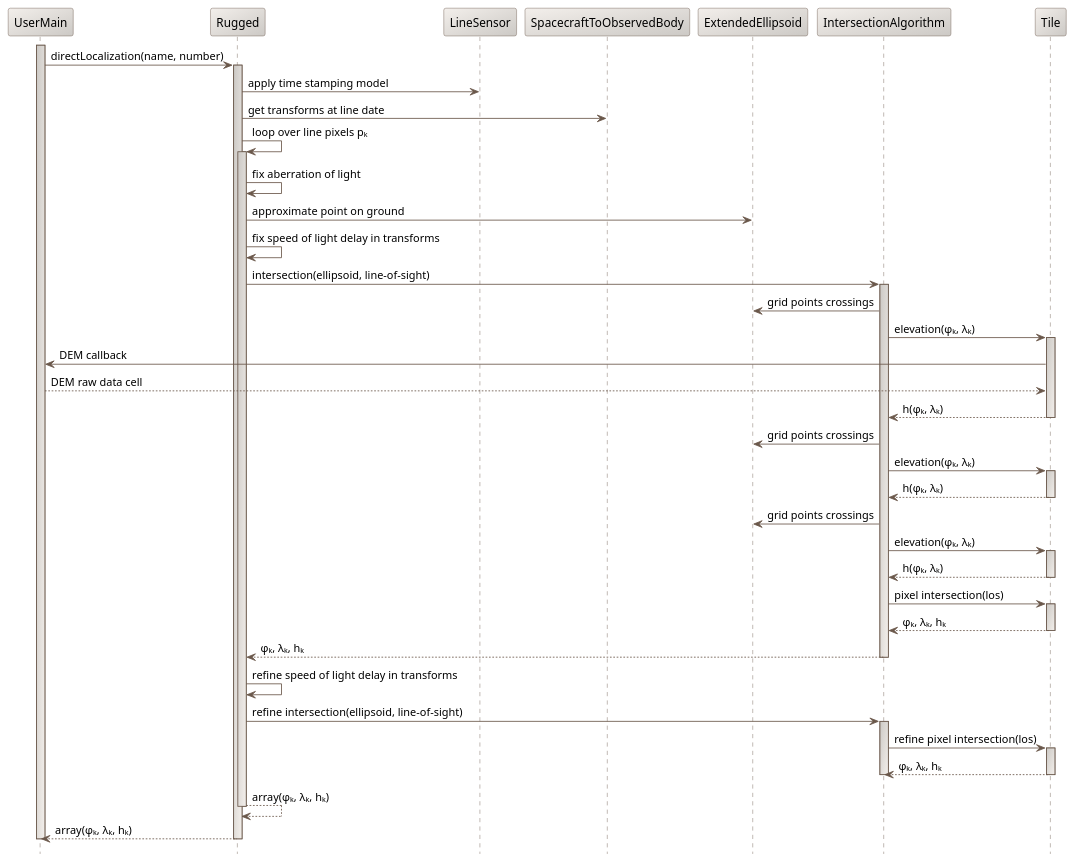
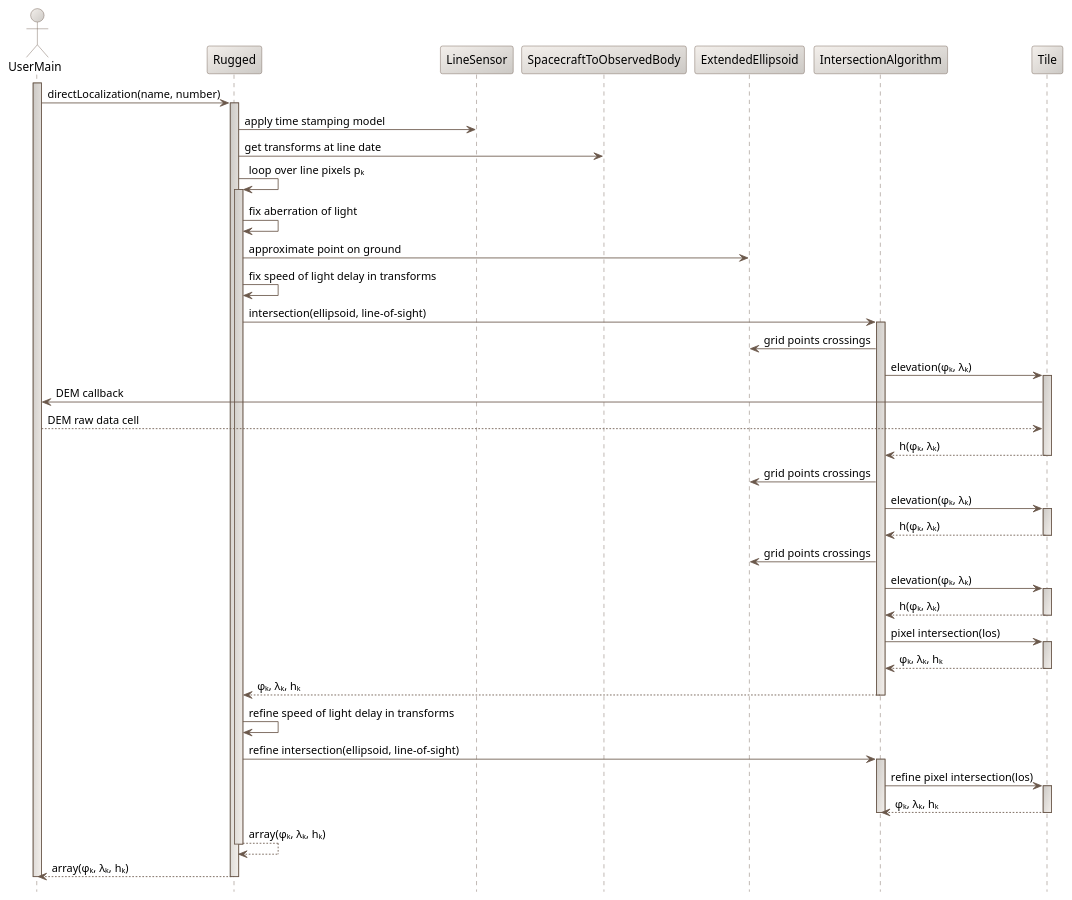
Before and after one commit to CS-SI/Rugged: the diagram in design/direct-localization-sequence-diagram.puml, drawn with PlantUML. The commit also changed 7 other files, not shown here.

Commit message:
Updated UML diagrams.

```diff
--- a/design/direct-localization-sequence-diagram.puml
+++ b/design/direct-localization-sequence-diagram.puml
@@ -17,75 +17,76 @@
 @startuml
 
   skinparam svek                                true
   skinparam NoteBackgroundColor                 #F3EFEB
   skinparam NoteBorderColor                     #691616
   skinparam NoteFontColor                       #691616
   skinparam SequenceActorBorderColor            #6A584B
+  skinparam SequenceActorBackgroundColor        #F3EFEB/CCC9C5
   skinparam SequenceParticipantBackgroundColor  #F3EFEB/CCC9C5
   skinparam SequenceParticipantBorderColor      #6A584B
   skinparam SequenceLifeLineBackgroundColor     #CCC9C5/F3EFEB
   skinparam SequenceLifeLineBorderColor         #6A584B
   skinparam SequenceArrowColor                  #6A584B
   skinparam SequenceBorderColor                 #6A584B
   skinparam SequenceFontSize                    11
 
   hide footbox
 
-  participant "UserMain" as A
+  actor       "UserMain" as A
   participant "Rugged" as R
   participant "LineSensor" as LS
   participant "SpacecraftToObservedBody" as S
   participant "ExtendedEllipsoid" as E
   participant "IntersectionAlgorithm" as G
   participant "Tile" as T
 
   activate A
      A  -> R : directLocalization(name, number)
      activate R
        R -> LS : apply time stamping model
        R -> S : get transforms at line date
        R -> R : loop over line pixels pₖ
        activate R
          R -> R : fix aberration of light
          R -> E : approximate point on ground
          R -> R : fix speed of light delay in transforms
          R -> G : intersection(ellipsoid, line-of-sight)
          activate G
            G -> E  : grid points crossings
            G -> T : elevation(φₖ, λₖ)
            activate T
              T -> A : DEM callback
              A --> T : DEM raw data cell
              T --> G : h(φₖ, λₖ)
            deactivate T
            G -> E  : grid points crossings
            G -> T : elevation(φₖ, λₖ)
            activate T
              T --> G : h(φₖ, λₖ)
            deactivate T
            G -> E  : grid points crossings
            G -> T : elevation(φₖ, λₖ)
            activate T
              T --> G : h(φₖ, λₖ)
            deactivate T
            G -> T  : pixel intersection(los)
            activate T
              T --> G : φₖ, λₖ, hₖ
            deactivate T
            G --> R : φₖ, λₖ, hₖ
          deactivate G
          R -> R : refine speed of light delay in transforms
          R -> G : refine intersection(ellipsoid, line-of-sight)
          activate G
            G -> T  : refine pixel intersection(los)
            activate T
              T --> G : φₖ, λₖ, hₖ
            deactivate T
          deactivate G
          R --> R : array(φₖ, λₖ, hₖ)
        deactivate R
        R --> A : array(φₖ, λₖ, hₖ)
      deactivate R
   deactivate A
 
 @enduml
```
